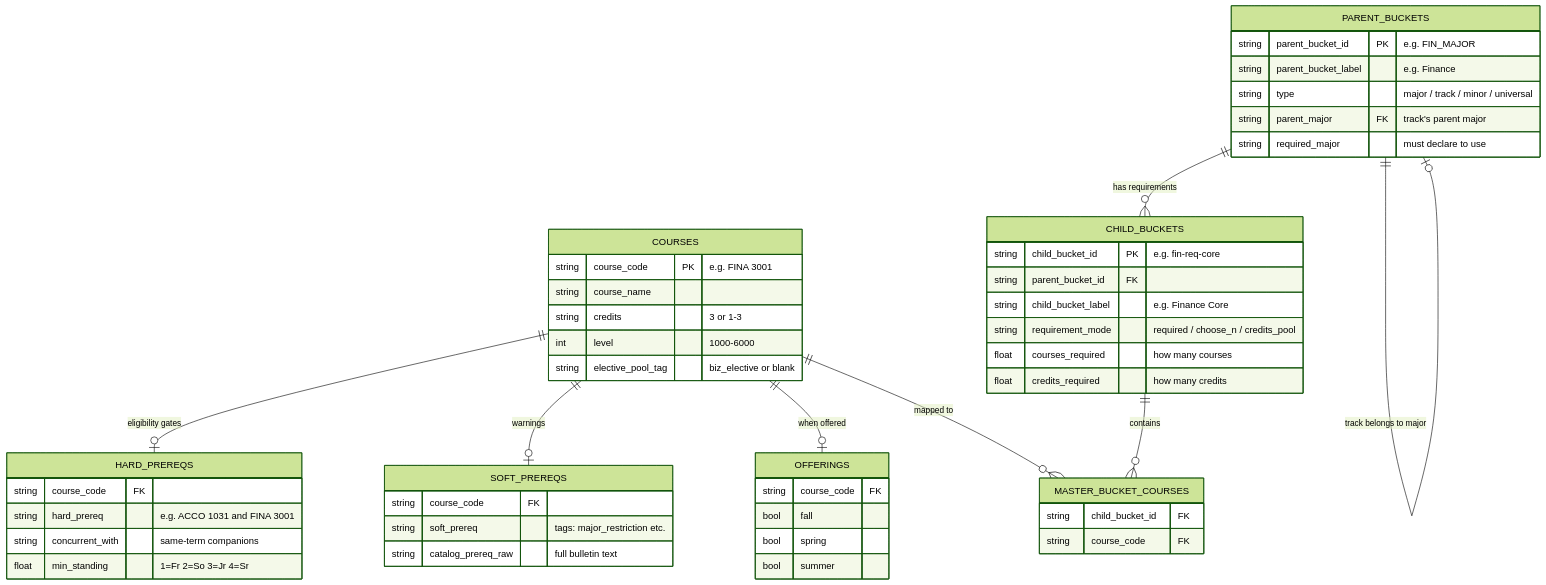
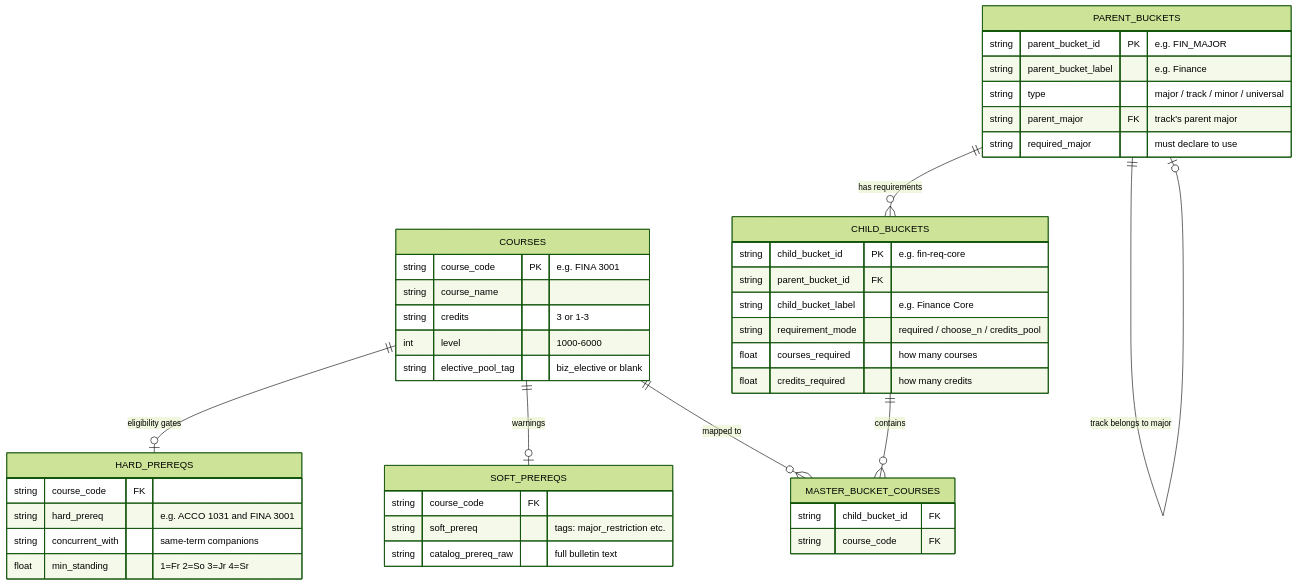
One commit to markiengo/marqbot changed the second of 2 diagrams in data/data_model.md. Above: the diagram before and after it, drawn with Mermaid (forest theme). The commit also changed other lines of this file and 13 other files, not shown here.

````diff
--- a/data/data_model.md
+++ b/data/data_model.md
@@ -51,60 +50,52 @@
 ```mermaid
 erDiagram
     COURSES {
         string course_code PK "e.g. FINA 3001"
         string course_name
         string credits "3 or 1-3"
         int level "1000-6000"
         string elective_pool_tag "biz_elective or blank"
     }
 
     PARENT_BUCKETS {
         string parent_bucket_id PK "e.g. FIN_MAJOR"
         string parent_bucket_label "e.g. Finance"
         string type "major / track / minor / universal"
         string parent_major FK "track's parent major"
         string required_major "must declare to use"
     }
 
     CHILD_BUCKETS {
         string child_bucket_id PK "e.g. fin-req-core"
         string parent_bucket_id FK
         string child_bucket_label "e.g. Finance Core"
         string requirement_mode "required / choose_n / credits_pool"
         float courses_required "how many courses"
         float credits_required "how many credits"
     }
 
     MASTER_BUCKET_COURSES {
         string child_bucket_id FK
         string course_code FK
     }
 
     HARD_PREREQS {
         string course_code FK
         string hard_prereq "e.g. ACCO 1031 and FINA 3001"
         string concurrent_with "same-term companions"
         float min_standing "1=Fr 2=So 3=Jr 4=Sr"
     }
 
     SOFT_PREREQS {
         string course_code FK
         string soft_prereq "tags: major_restriction etc."
         string catalog_prereq_raw "full bulletin text"
     }
 
-    OFFERINGS {
-        string course_code FK
-        bool fall
-        bool spring
-        bool summer
-    }
-
     COURSES ||--o| HARD_PREREQS : "eligibility gates"
     COURSES ||--o| SOFT_PREREQS : "warnings"
-    COURSES ||--o| OFFERINGS : "when offered"
     COURSES ||--o{ MASTER_BUCKET_COURSES : "mapped to"
     CHILD_BUCKETS ||--o{ MASTER_BUCKET_COURSES : "contains"
     PARENT_BUCKETS ||--o{ CHILD_BUCKETS : "has requirements"
     PARENT_BUCKETS ||--o| PARENT_BUCKETS : "track belongs to major"
 ```
````
